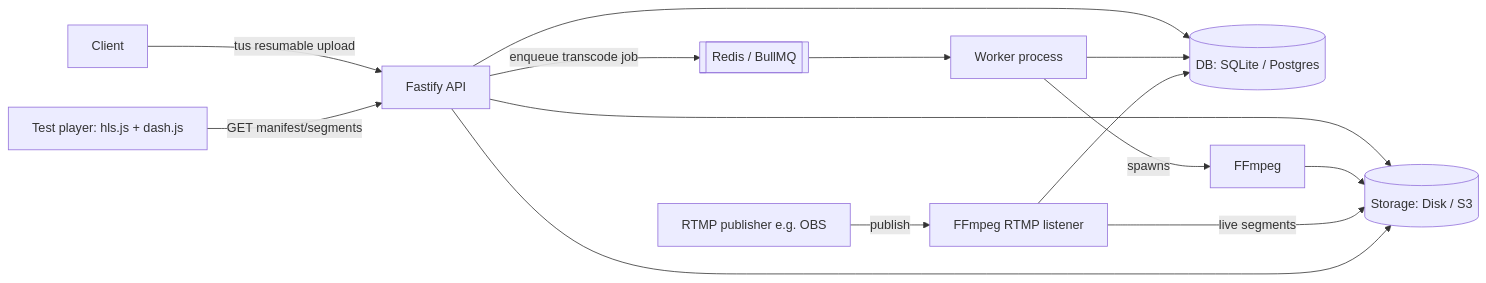
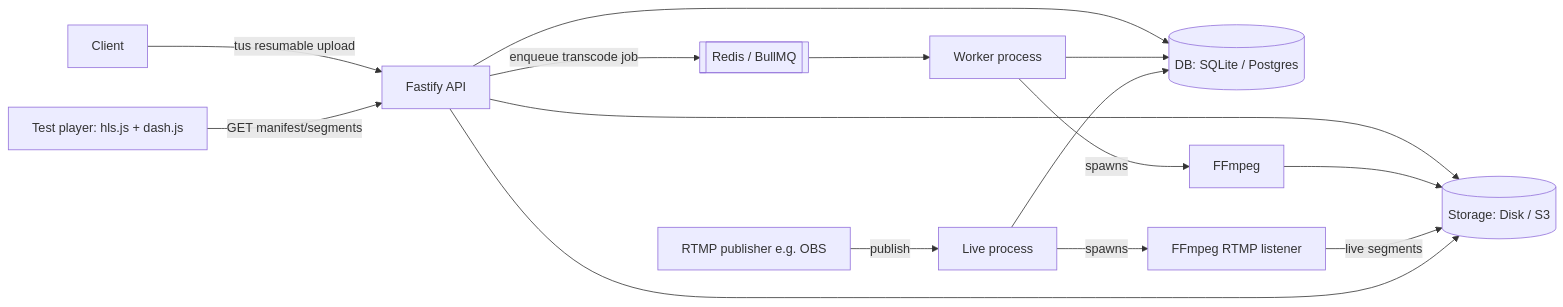
Before and after one commit to missingsemicolon72/chitrayaan: the diagram in CLAUDE.md, drawn with Mermaid. The commit also changed other lines of this file and 26 other files, not shown here.

````diff
--- a/CLAUDE.md
+++ b/CLAUDE.md
@@ -71,18 +72,19 @@
 ```mermaid
 flowchart LR
     U[Client] -->|tus resumable upload| API[Fastify API]
     API --> DB[(DB: SQLite / Postgres)]
     API --> STORE[(Storage: Disk / S3)]
     API -->|enqueue transcode job| Q[[Redis / BullMQ]]
     Q --> W[Worker process]
     W -->|spawns| FF[FFmpeg]
     FF --> STORE
     W --> DB
 
-    RTMPPUB[RTMP publisher e.g. OBS] -->|publish| LIVE[FFmpeg RTMP listener]
-    LIVE -->|live segments| STORE
+    RTMPPUB[RTMP publisher e.g. OBS] -->|publish| LIVE[Live process]
+    LIVE -->|spawns| LFF[FFmpeg RTMP listener]
+    LFF -->|live segments| STORE
     LIVE --> DB
 
     PLAYER[Test player: hls.js + dash.js] -->|GET manifest/segments| API
     API --> STORE
 ```
````
